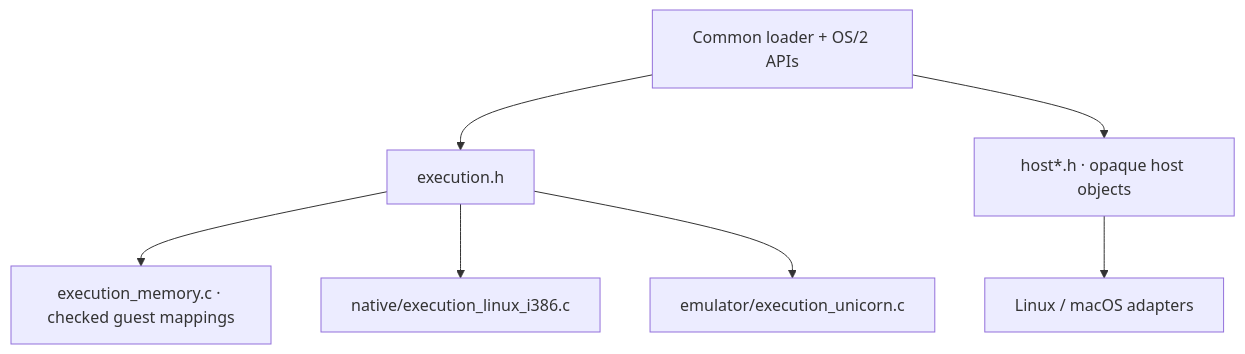
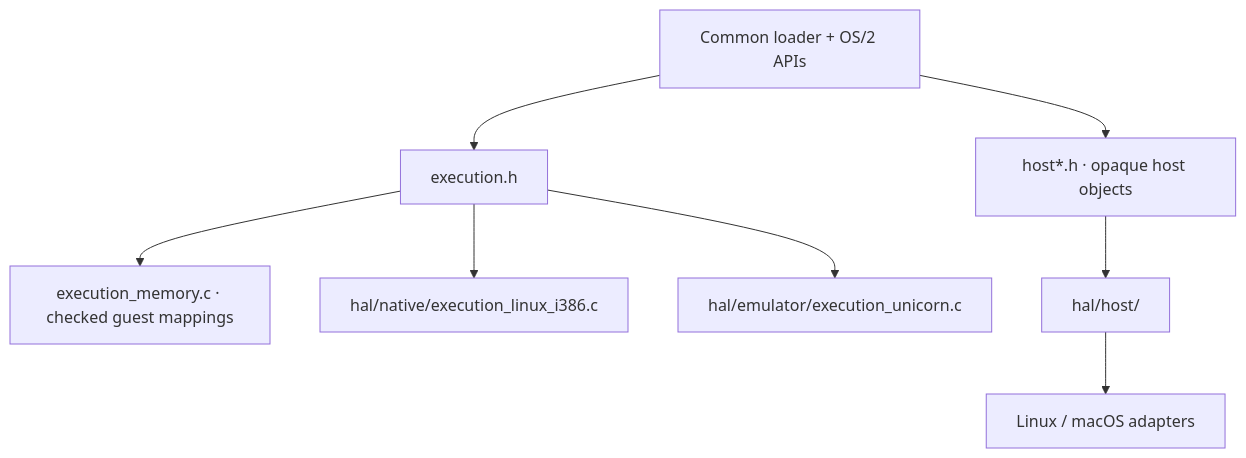
The diagram in docs/runtime.md (bitwisecook/2ine), drawn with Mermaid before and after one commit. The commit also changed other lines of this file and 27 other files, not shown here.

Commit message:
Move execution backends and host support into HAL

````diff
--- a/docs/runtime.md
+++ b/docs/runtime.md
@@ -8,9 +9,9 @@
 ```mermaid
 flowchart TD
     Loader["Common loader + OS/2 APIs"] --> Exec["execution.h"]
     Exec --> Memory["execution_memory.c · checked guest mappings"]
-    Exec --> Native["native/execution_linux_i386.c"]
-    Exec --> Emu["emulator/execution_unicorn.c"]
+    Exec --> Native["hal/native/execution_linux_i386.c"]
+    Exec --> Emu["hal/emulator/execution_unicorn.c"]
     Loader --> Host["host*.h · opaque host objects"]
-    Host --> Platforms["Linux / macOS adapters"]
+    Host --> HAL["hal/host/"] --> Platforms["Linux / macOS adapters"]
 ```
````
